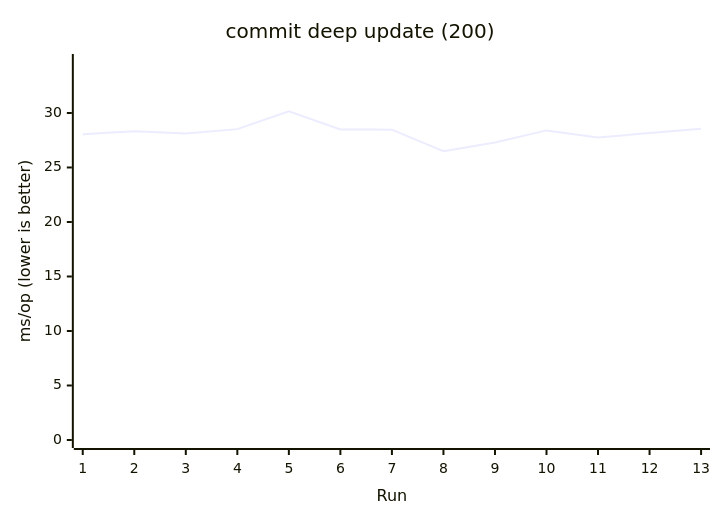
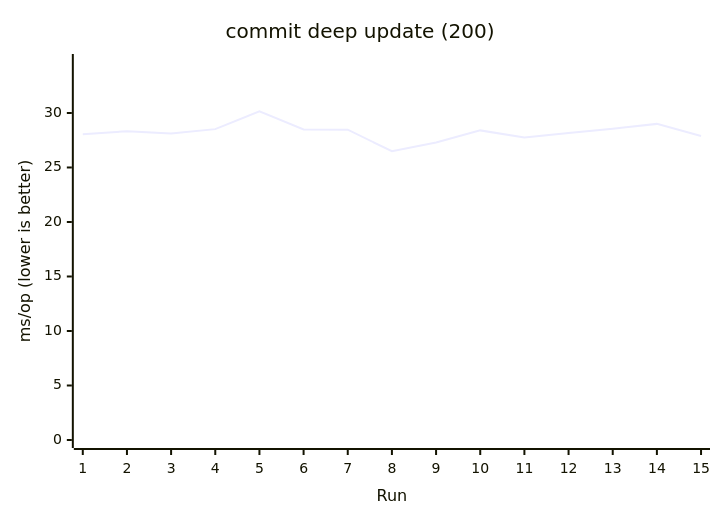
One commit to AIluffy/io changed the sixth of 17 diagrams in apps/docs/src/content/docs/en/guides/benchmark.mdx. Above: the diagram before and after it, drawn with Mermaid. The commit also changed other lines of this file and 7 other files, not shown here.

````diff
--- a/apps/docs/src/content/docs/en/guides/benchmark.mdx
+++ b/apps/docs/src/content/docs/en/guides/benchmark.mdx
@@ -251,7 +253,7 @@
 ```mermaid
 xychart-beta
   title "commit deep update (200)"
-  x-axis "Run" [1, 2, 3, 4, 5, 6, 7, 8, 9, 10, 11, 12, 13]
+  x-axis "Run" [1, 2, 3, 4, 5, 6, 7, 8, 9, 10, 11, 12, 13, 14, 15]
   y-axis "ms/op (lower is better)" 0 --> 34.6763
-  line [28.0546, 28.3256, 28.128, 28.518, 30.1533, 28.4924, 28.468, 26.4901, 27.2909, 28.402, 27.747, 28.1575, 28.549]
+  line [28.0546, 28.3256, 28.128, 28.518, 30.1533, 28.4924, 28.468, 26.4901, 27.2909, 28.402, 27.747, 28.1575, 28.549, 28.9993, 27.8953]
 ```
````
